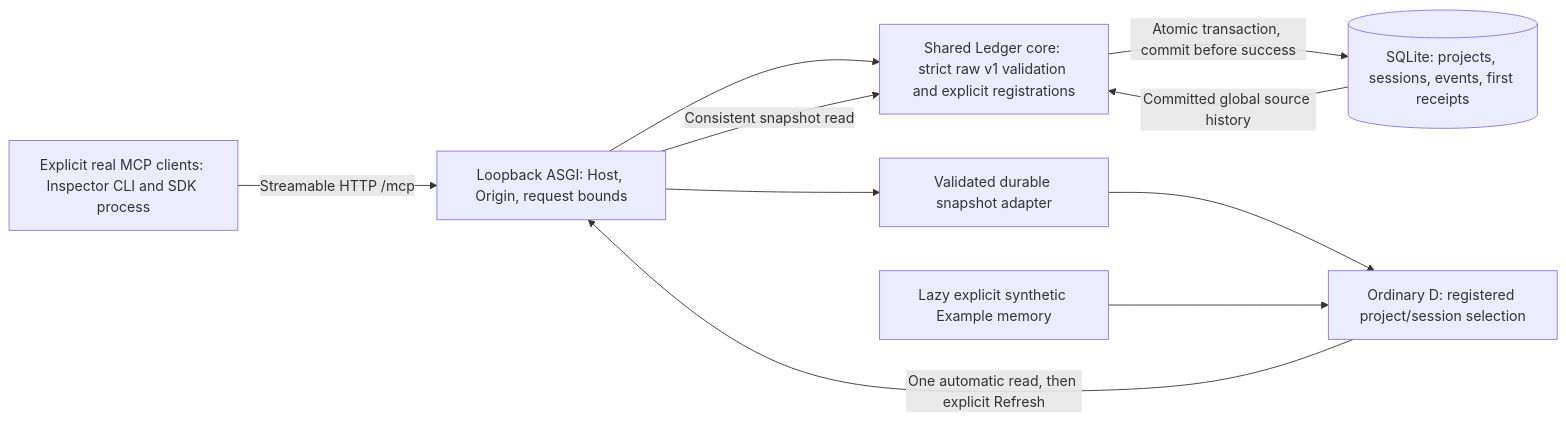
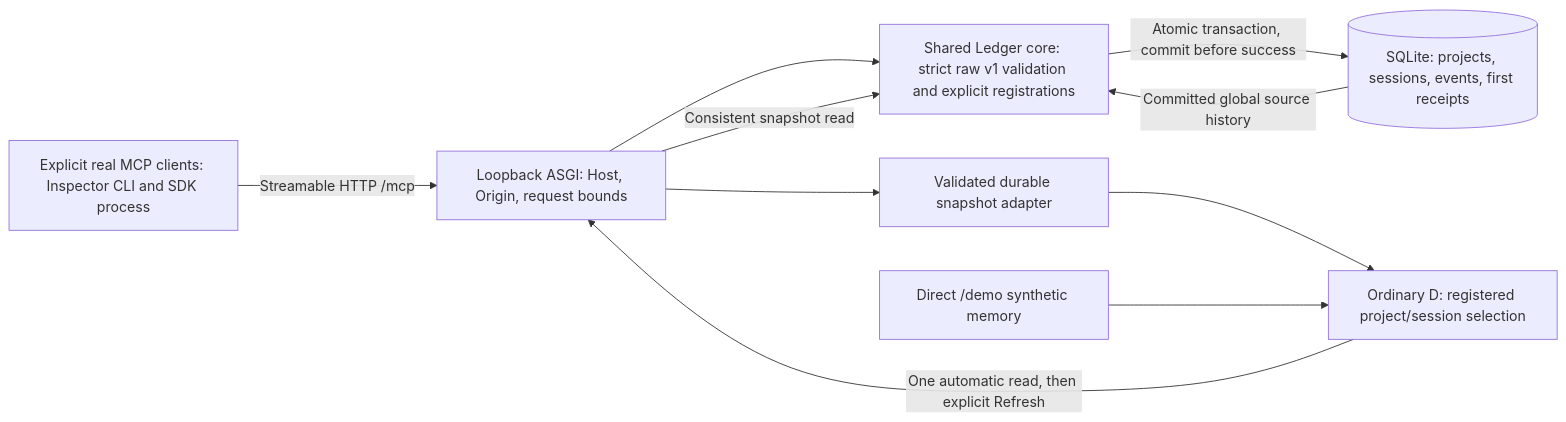
Before and after one commit to damianpetla/agent-work-ledger: the diagram in docs/architecture.md, drawn with Mermaid. The commit also changed other lines of this file and 13 other files, not shown here.

````diff
--- a/docs/architecture.md
+++ b/docs/architecture.md
@@ -7,12 +7,12 @@
 ```mermaid
 flowchart LR
   C[Explicit real MCP clients: Inspector CLI and SDK process] -->|Streamable HTTP /mcp| A[Loopback ASGI: Host, Origin, request bounds]
   A --> L[Shared Ledger core: strict raw v1 validation and explicit registrations]
   L -->|Atomic transaction, commit before success| S[(SQLite: projects, sessions, events, first receipts)]
   D[Ordinary D: registered project/session selection] -->|One automatic read, then explicit Refresh| A
   A -->|Consistent snapshot read| L
   S -->|Committed global source history| L
   A --> H[Validated durable snapshot adapter]
   H --> D
-  F[Lazy explicit synthetic Example memory] --> D
+  F[Direct /demo synthetic memory] --> D
 ```
````
